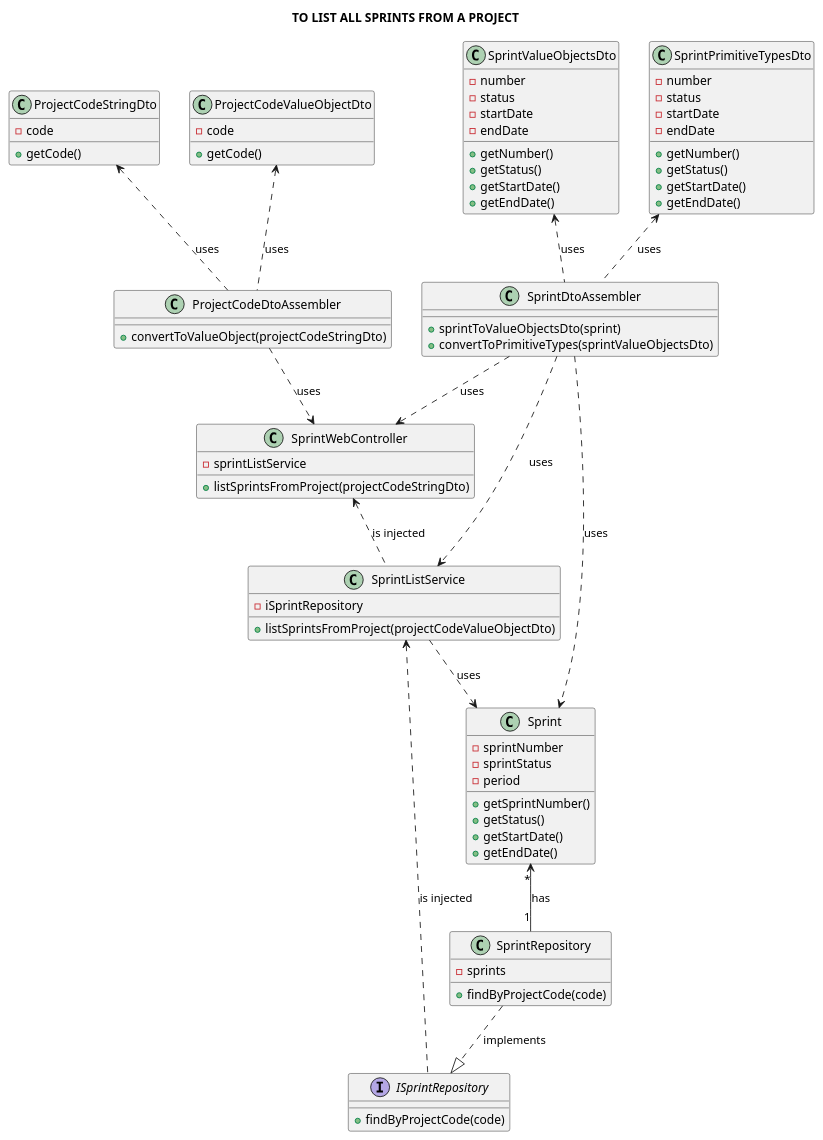
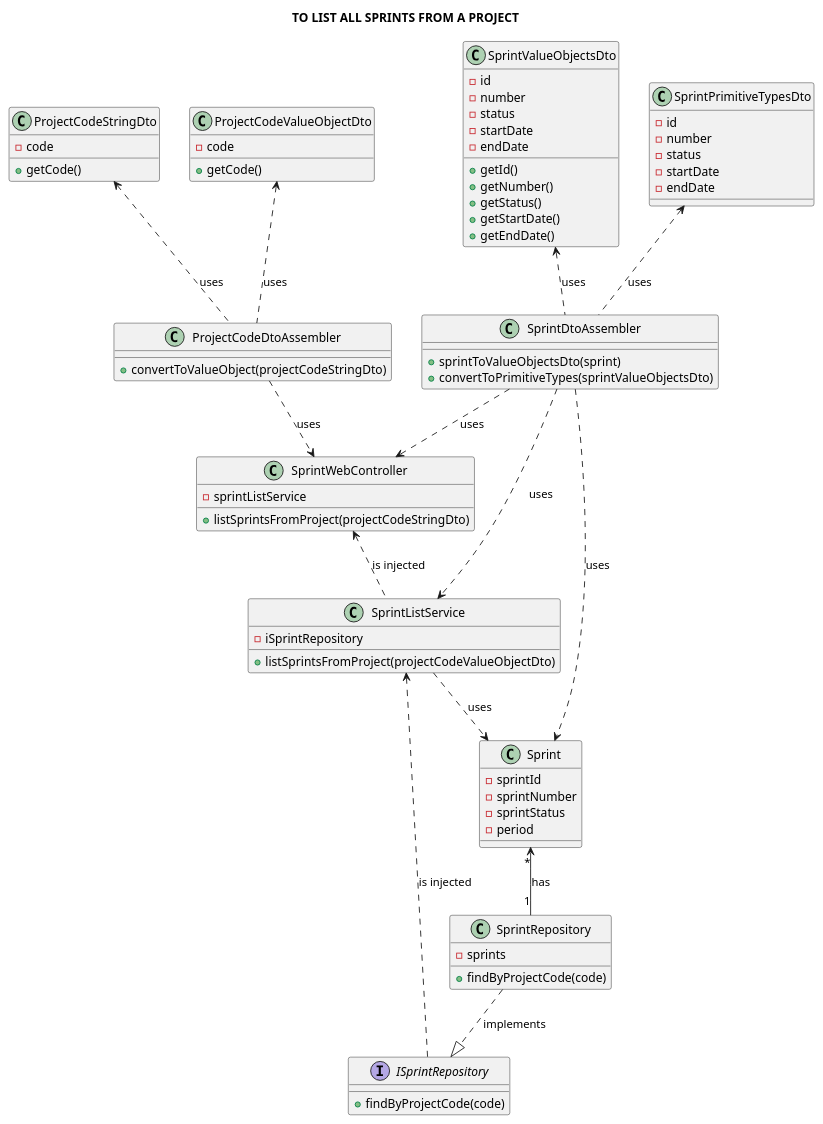
The diagram in docs/modelling_design/user_stories/reference_diagrams/listAllSprintsFromProject_classDiagram_ddd.puml (Loracline/project_switch_22-23), drawn with PlantUML before and after one commit.

Commit message:
US031: Design: Updated class diagram for functionality of listing all sprints of a project. Closes #650.

```diff
--- a/docs/modelling_design/user_stories/reference_diagrams/listAllSprintsFromProject_classDiagram_ddd.puml
+++ b/docs/modelling_design/user_stories/reference_diagrams/listAllSprintsFromProject_classDiagram_ddd.puml
@@ -1,90 +1,86 @@
 @startuml
 
 title TO LIST ALL SPRINTS FROM A PROJECT
 skinparam sequenceMessageAlign center
 
 class ProjectCodeStringDto {
 -code
 +getCode()
 }
 
 class ProjectCodeValueObjectDto {
 -code
 +getCode()
 }
 
 class ProjectCodeDtoAssembler {
 +convertToValueObject(projectCodeStringDto)
 }
 
 class SprintWebController {
 -sprintListService
 +listSprintsFromProject(projectCodeStringDto)
 }
 
 class SprintListService {
 -iSprintRepository
 +listSprintsFromProject(projectCodeValueObjectDto)
 }
 
 interface ISprintRepository {
 +findByProjectCode(code)
 }
 
 class SprintRepository {
 -sprints
 +findByProjectCode(code)
 }
 
 class SprintDtoAssembler {
 +sprintToValueObjectsDto(sprint)
 +convertToPrimitiveTypes(sprintValueObjectsDto)
 }
 
 class SprintValueObjectsDto {
+-id
 -number
 -status
 -startDate
 -endDate
++getId()
 +getNumber()
 +getStatus()
 +getStartDate()
 +getEndDate()
 }
 
 class SprintPrimitiveTypesDto {
+-id
 -number
 -status
 -startDate
 -endDate
-+getNumber()
-+getStatus()
-+getStartDate()
-+getEndDate()
 }
 
 class Sprint {
+-sprintId
 -sprintNumber
 -sprintStatus
 -period
-+getSprintNumber()
-+getStatus()
-+getStartDate()
-+getEndDate()
 }
 
 SprintWebController <.. SprintListService: is injected
 SprintListService <.. ISprintRepository: is injected
 SprintRepository ..|> ISprintRepository: implements
 SprintListService ..> Sprint: uses
 SprintDtoAssembler ..> SprintListService: uses
 SprintDtoAssembler ..> SprintWebController: uses
 ProjectCodeDtoAssembler ..> SprintWebController: uses
 SprintDtoAssembler ..> Sprint: uses
 SprintValueObjectsDto <.. SprintDtoAssembler: uses
 SprintPrimitiveTypesDto <.. SprintDtoAssembler: uses
 ProjectCodeStringDto <.. ProjectCodeDtoAssembler: uses
 ProjectCodeValueObjectDto <.. ProjectCodeDtoAssembler: uses
 Sprint "*" <-down- "1" SprintRepository: has
 
 @enduml
```
